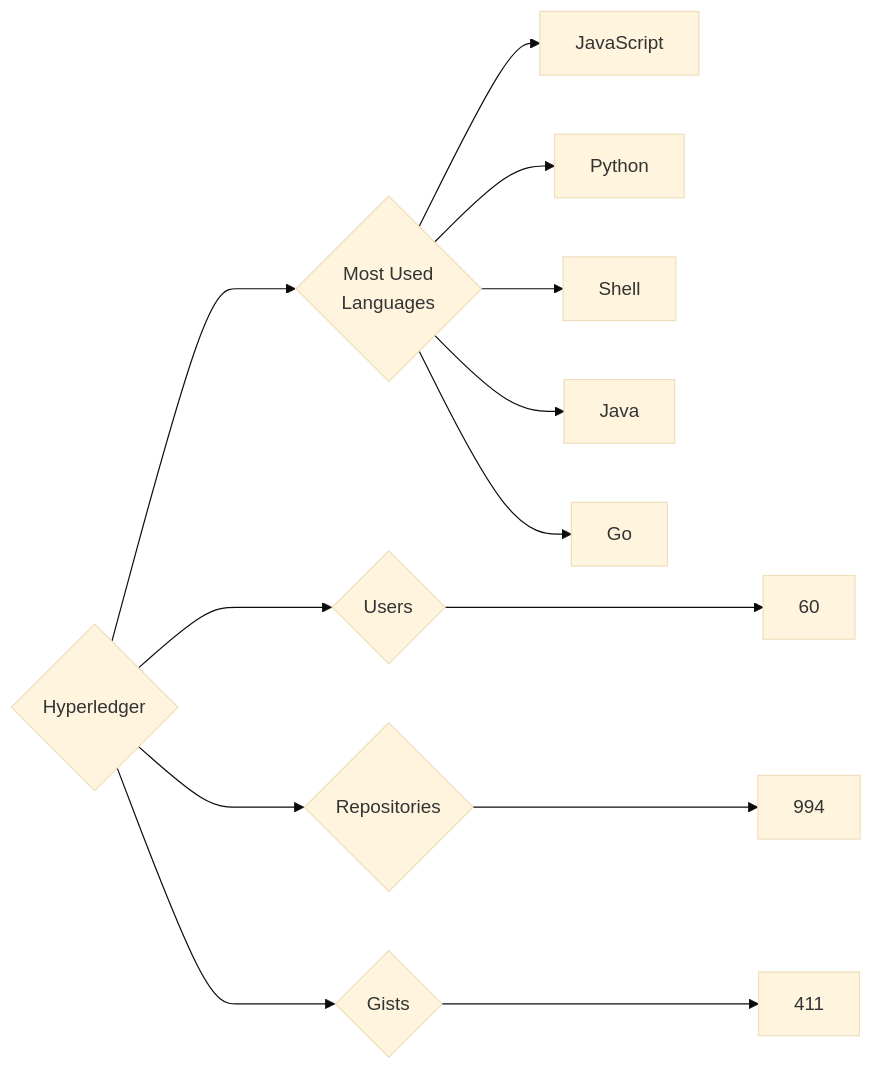
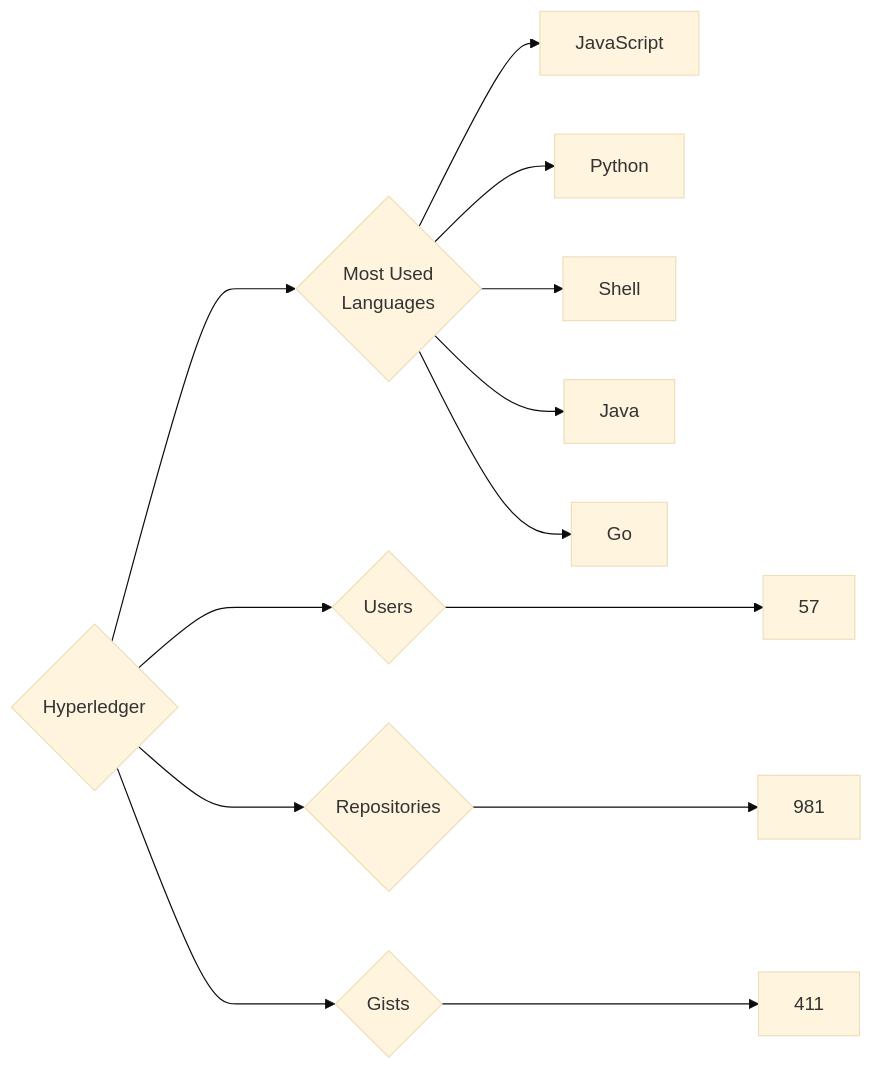
The diagram in targets/Hyperledger/README.md (trickest/insiders), drawn with Mermaid (base theme) before and after one commit. The commit also changed 622 other files, not shown here.

````diff
--- a/targets/Hyperledger/README.md
+++ b/targets/Hyperledger/README.md
@@ -3,13 +3,13 @@
 ```mermaid
 graph LR
 COMPANY_NAME{Hyperledger}
-COMPANY_NAME ---> U{Users} ---> UN[60]
-COMPANY_NAME ---> R{Repositories} ---> RN[994]
+COMPANY_NAME ---> U{Users} ---> UN[57]
+COMPANY_NAME ---> R{Repositories} ---> RN[981]
 COMPANY_NAME ---> G{Gists} ---> GN[411]
 COMPANY_NAME ---> ML{Most Used<br>Languages}
 ML --> JavaScript[JavaScript]
 ML --> Python[Python]
 ML --> Shell[Shell]
 ML --> Java[Java]
 ML --> Go[Go]
 ```
````
